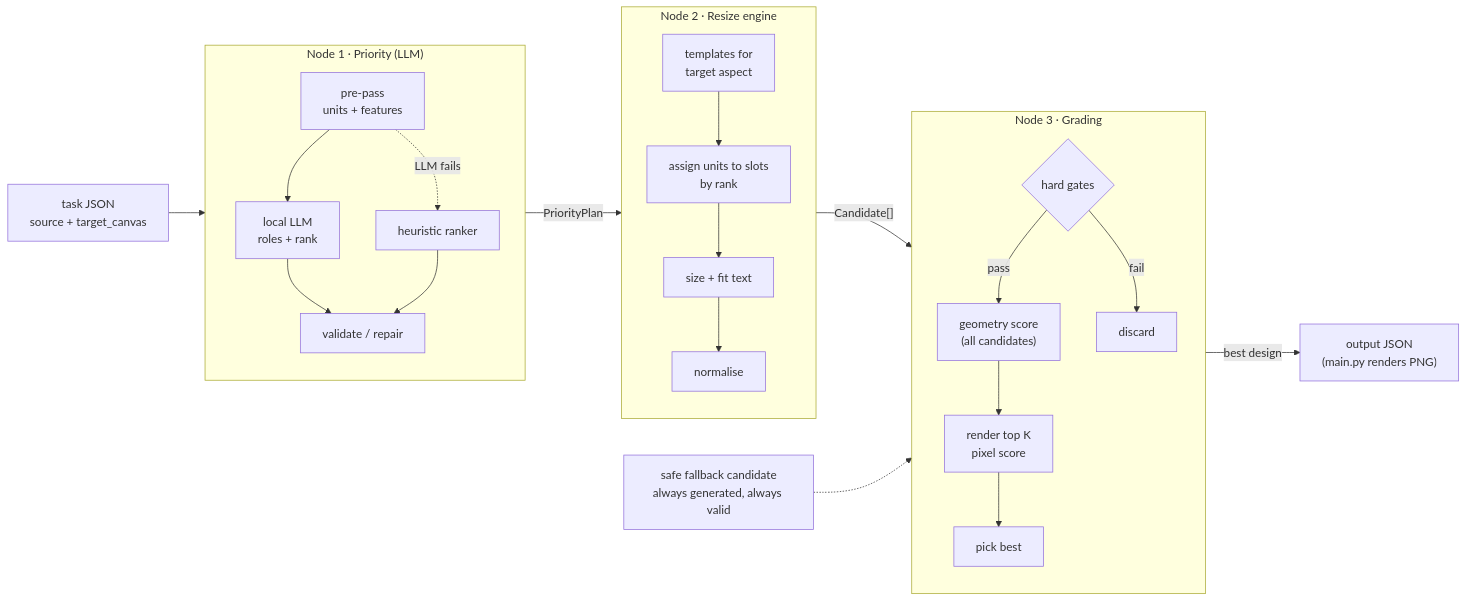
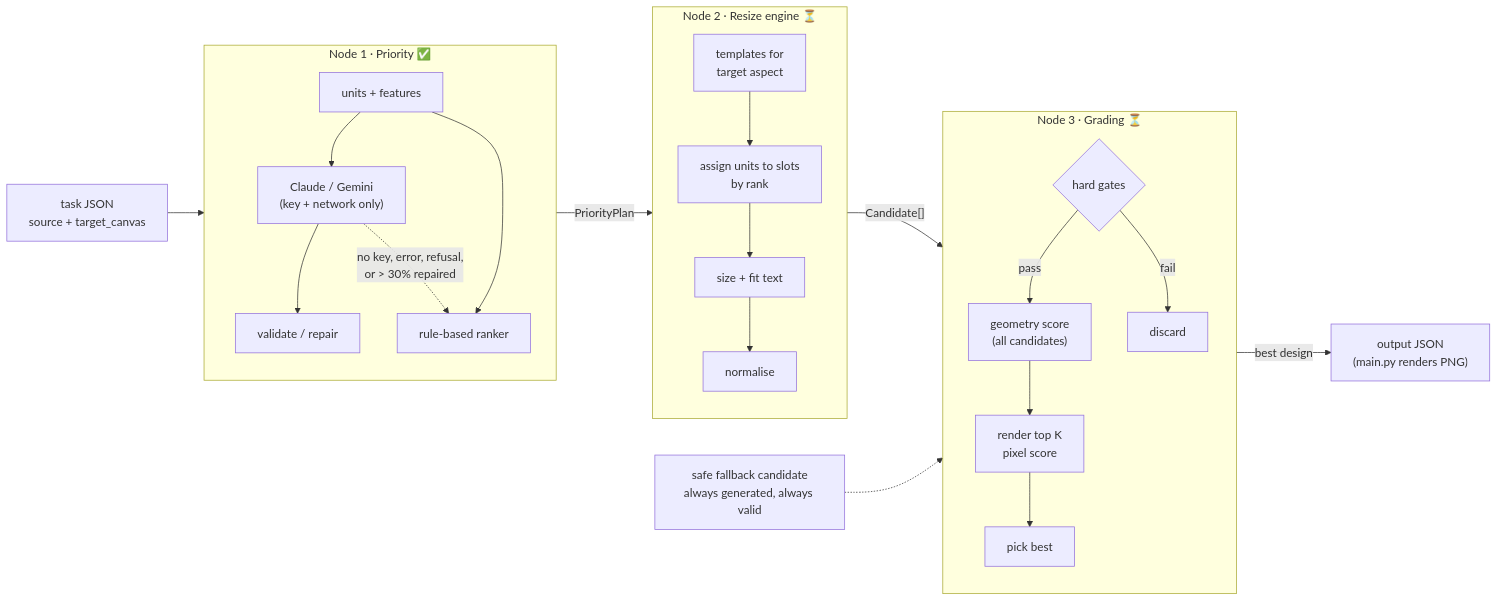
The diagram in docs/pipeline/README.md (AngeloLandiza/Adobe-26-University-Hackathon), drawn with Mermaid before and after one commit. The commit also changed other lines of this file and 5 other files, not shown here.

````diff
--- a/docs/pipeline/README.md
+++ b/docs/pipeline/README.md
@@ -29,22 +30,22 @@
 ```mermaid
 flowchart LR
     IN["task JSON<br/>source + target_canvas"]
 
-    subgraph N1["Node 1 · Priority (LLM)"]
-        PRE["pre-pass<br/>units + features"] --> LLM["local LLM<br/>roles + rank"] --> VAL["validate / repair"]
-        PRE -. "LLM fails" .-> HEU["heuristic ranker"]
-        HEU --> VAL
+    subgraph N1["Node 1 · Priority ✅"]
+        PRE["units + features"] --> LLM["Claude / Gemini<br/>(key + network only)"] --> VAL["validate / repair"]
+        PRE --> HEU["rule-based ranker"]
+        LLM -. "no key, error, refusal,<br/>or > 30% repaired" .-> HEU
     end
 
-    subgraph N2["Node 2 · Resize engine"]
+    subgraph N2["Node 2 · Resize engine ⏳"]
         TPL["templates for<br/>target aspect"] --> PACK["assign units to slots<br/>by rank"] --> FIT["size + fit text"] --> NORM["normalise"]
     end
 
-    subgraph N3["Node 3 · Grading"]
+    subgraph N3["Node 3 · Grading ⏳"]
         GATE{"hard gates"} -- pass --> GEO["geometry score<br/>(all candidates)"] --> PIX["render top K<br/>pixel score"] --> PICK["pick best"]
         GATE -- fail --> DROP["discard"]
     end
 
     IN --> N1 -- PriorityPlan --> N2 -- "Candidate[]" --> N3 -- "best design" --> OUT["output JSON<br/>(main.py renders PNG)"]
     SAFE["safe fallback candidate<br/>always generated, always valid"] -.-> N3
 ```
````
